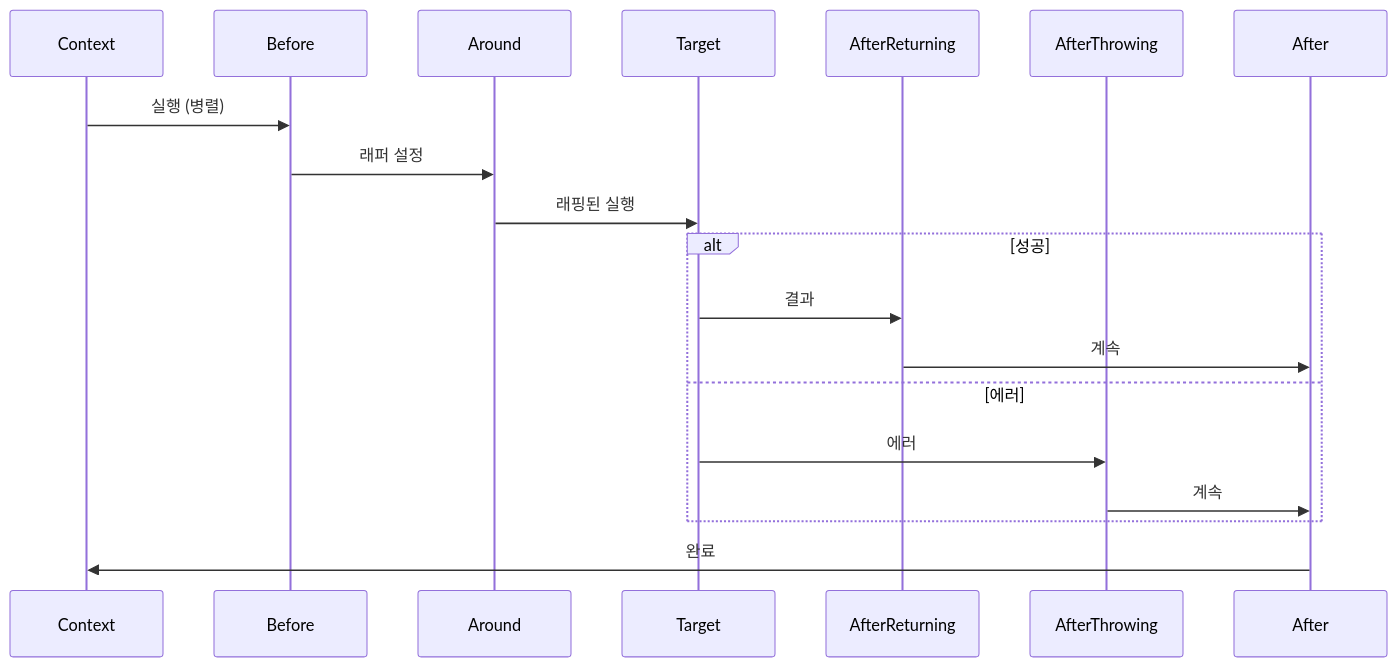
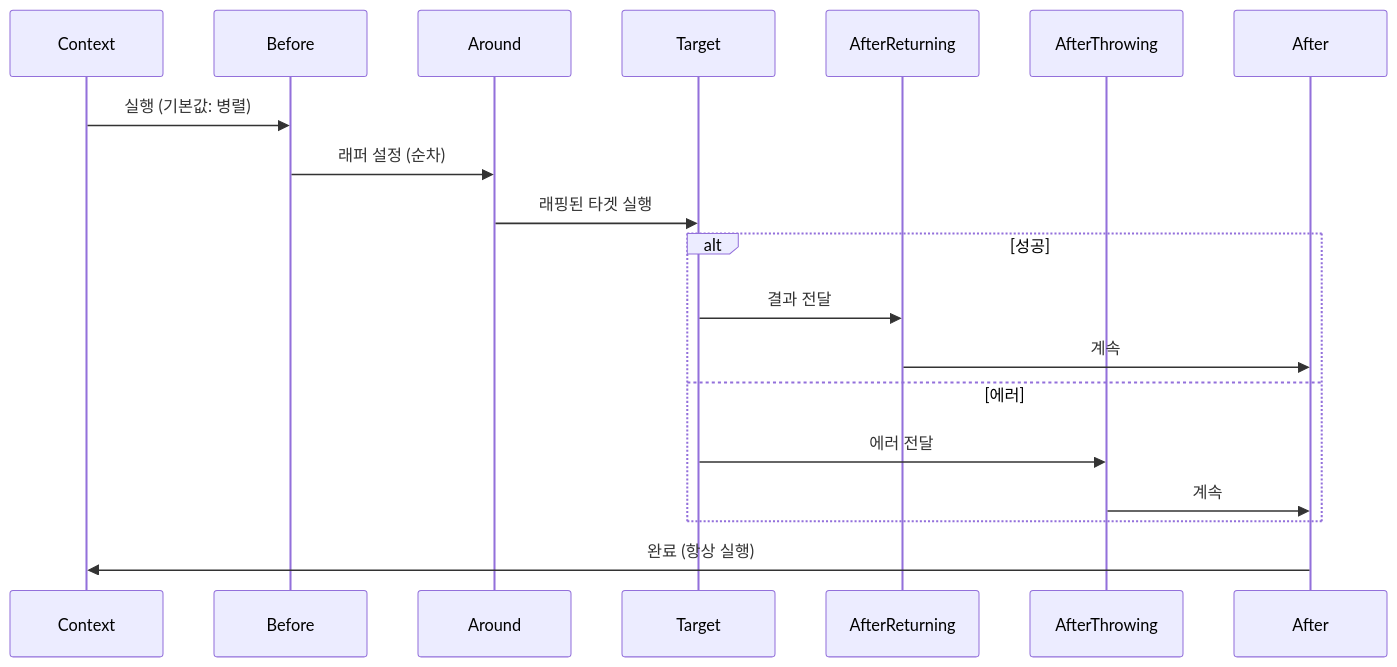
The second of 4 diagrams in packages/promise-aop/docs/README-ko.md (h1ylabs/next-loader), drawn with Mermaid before and after one commit. The commit also changed other lines of this file and 18 other files, not shown here.

````diff
--- a/packages/promise-aop/docs/README-ko.md
+++ b/packages/promise-aop/docs/README-ko.md
@@ -43,24 +83,24 @@
 ```mermaid
 sequenceDiagram
     participant Context
     participant Before
     participant Around
     participant Target
     participant AfterReturning
     participant AfterThrowing
     participant After
 
-    Context->>Before: 실행 (병렬)
-    Before->>Around: 래퍼 설정
-    Around->>Target: 래핑된 실행
+    Context->>Before: 실행 (기본값: 병렬)
+    Before->>Around: 래퍼 설정 (순차)
+    Around->>Target: 래핑된 타겟 실행
 
     alt 성공
-        Target->>AfterReturning: 결과
+        Target->>AfterReturning: 결과 전달
         AfterReturning->>After: 계속
     else 에러
-        Target->>AfterThrowing: 에러
+        Target->>AfterThrowing: 에러 전달
         AfterThrowing->>After: 계속
     end
 
-    After->>Context: 완료
+    After->>Context: 완료 (항상 실행)
 ```
````
